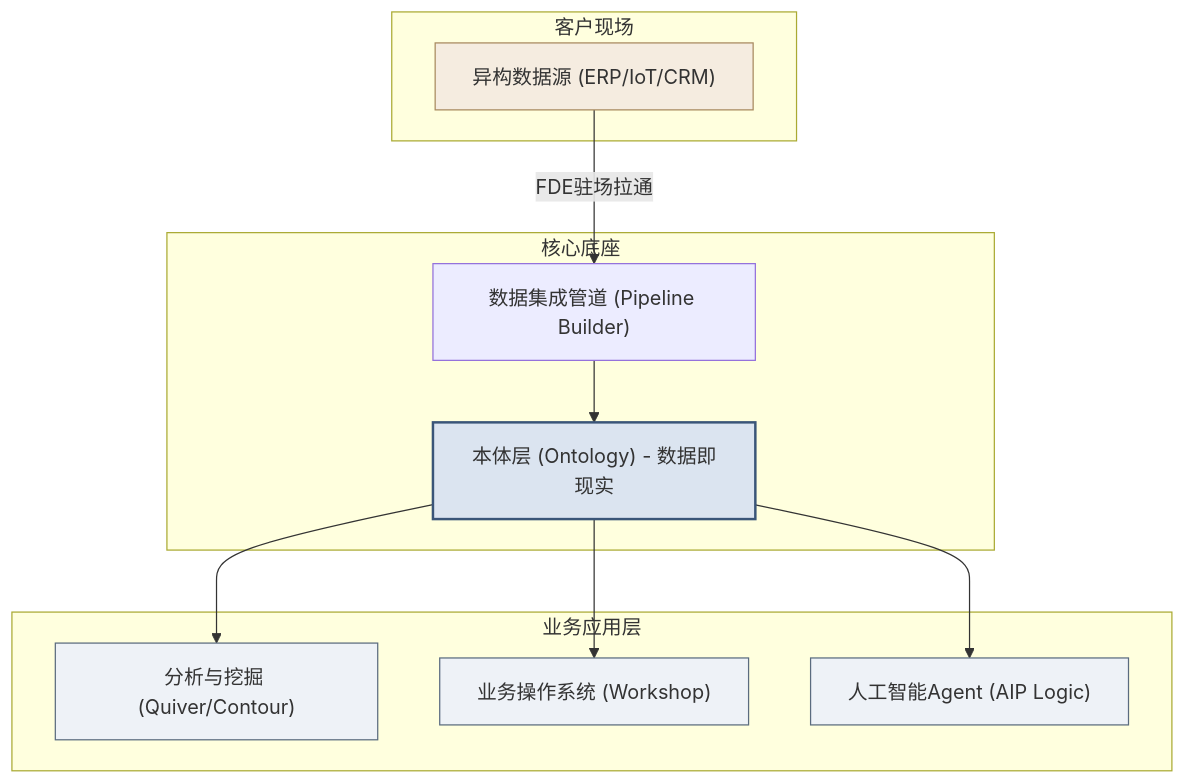
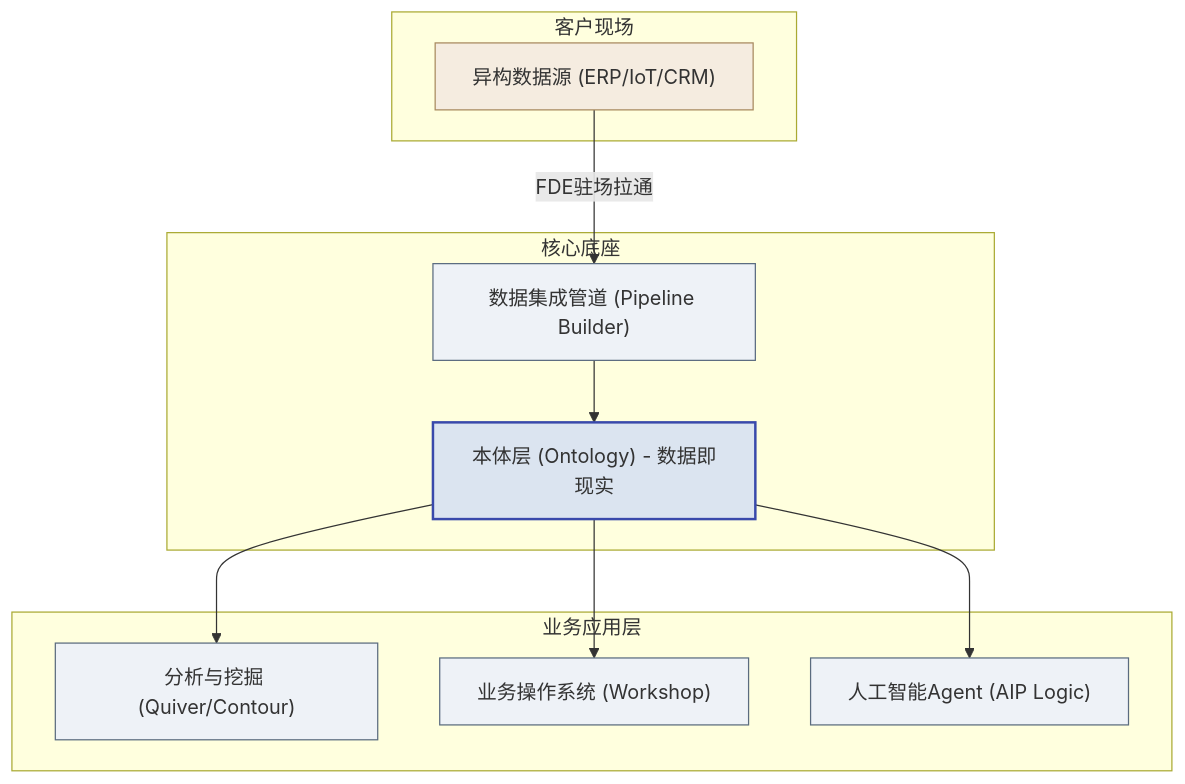
Before and after one commit to cloudzun/fde-course: the first of 2 diagrams in textbook/第03章_Palantir的平台与FDE体系.md, drawn with Mermaid. The commit also changed other lines of this file and 12 other files, not shown here.

Commit message:
style: 全库21张mermaid图规范化——节点ID语义化+品牌色统一+补齐图注，第11章新增反馈环路图

````diff
--- a/textbook/第03章_Palantir的平台与FDE体系.md
+++ b/textbook/第03章_Palantir的平台与FDE体系.md
@@ -34,29 +34,30 @@
 ```mermaid
 graph TD
-    subgraph "客户现场"
-        A["异构数据源 (ERP/IoT/CRM)"]
+    subgraph site["客户现场"]
+        src["异构数据源 (ERP/IoT/CRM)"]
     end
     
-    subgraph "核心底座"
-        B["数据集成管道 (Pipeline Builder)"]
-        C["本体层 (Ontology) - 数据即现实"]
+    subgraph core["核心底座"]
+        pipe["数据集成管道 (Pipeline Builder)"]
+        onto["本体层 (Ontology) - 数据即现实"]
     end
     
-    subgraph "业务应用层"
-        D["分析与挖掘 (Quiver/Contour)"]
-        E["业务操作系统 (Workshop)"]
-        F["人工智能Agent (AIP Logic)"]
+    subgraph app["业务应用层"]
+        ana["分析与挖掘 (Quiver/Contour)"]
+        work["业务操作系统 (Workshop)"]
+        aip["人工智能Agent (AIP Logic)"]
     end
     
-    A --"FDE驻场拉通"--> B
-    B --> C
-    C --> D
-    C --> E
-    C --> F
+    src --"FDE驻场拉通"--> pipe
+    pipe --> onto
+    onto --> ana
+    onto --> work
+    onto --> aip
 
-    style A fill:#f5ece0,stroke:#a8895f
-    style C fill:#dbe4f0,stroke:#3a5578,stroke-width:2px
-    style D fill:#eef2f7,stroke:#5a6b7f
-    style E fill:#eef2f7,stroke:#5a6b7f
-    style F fill:#eef2f7,stroke:#5a6b7f
+    style src fill:#f5ece0,stroke:#a8895f
+    style onto fill:#dbe4f0,stroke:#3949ab,stroke-width:2px
+    style pipe fill:#eef2f7,stroke:#5a6b7f
+    style ana fill:#eef2f7,stroke:#5a6b7f
+    style work fill:#eef2f7,stroke:#5a6b7f
+    style aip fill:#eef2f7,stroke:#5a6b7f
 ```
````
